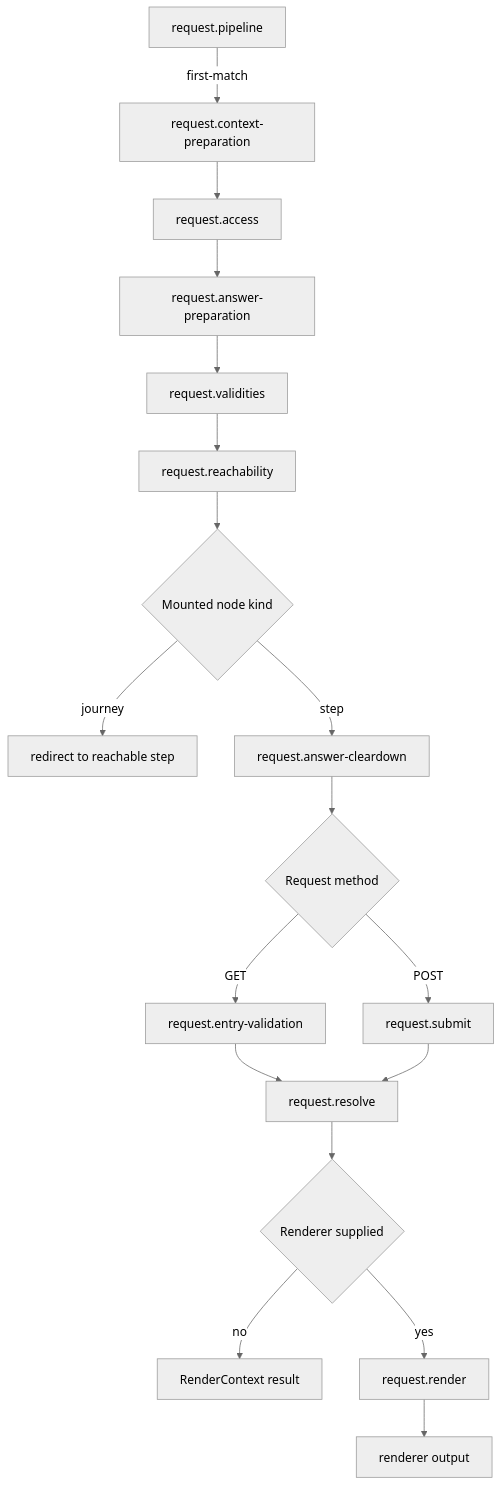
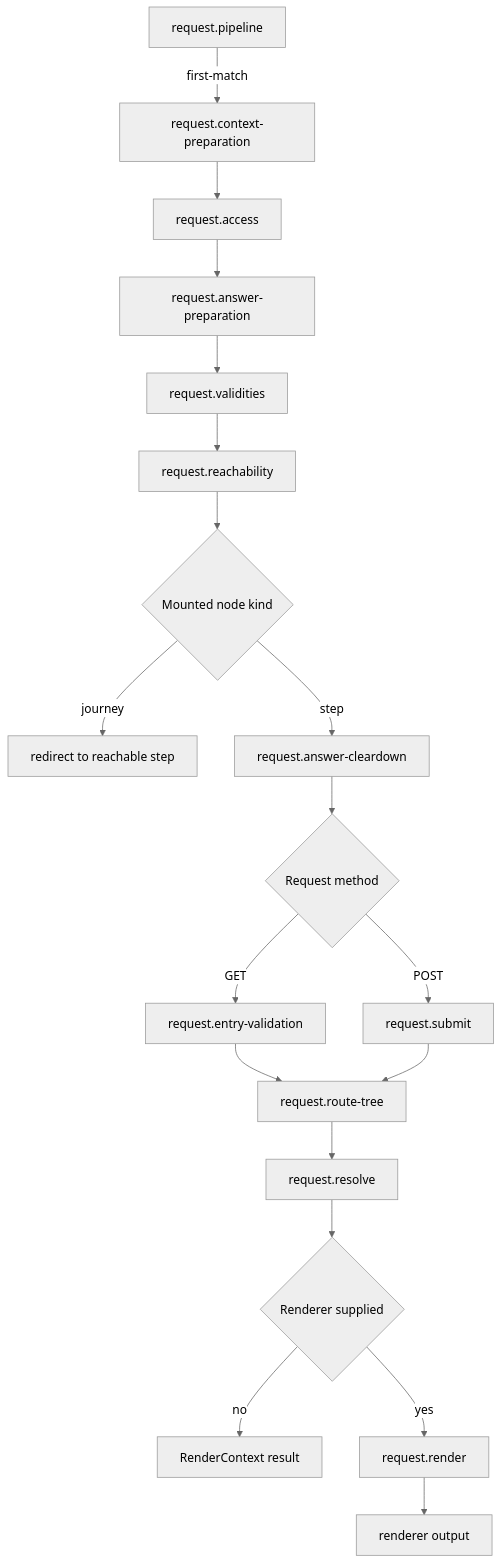
One commit to ministryofjustice/hmpps-forge changed the second of 2 diagrams in packages/forge-core/src/engine/runtime/README.md. Above: the diagram before and after it, drawn with Mermaid (neutral theme). The commit also changed other lines of this file and 23 other files, not shown here.

````diff
--- a/packages/forge-core/src/engine/runtime/README.md
+++ b/packages/forge-core/src/engine/runtime/README.md
@@ -113,20 +113,21 @@
 ```mermaid
 flowchart TD
   pipeline["request.pipeline"] -->|"first-match"| contextPrep["request.context-preparation"]
   contextPrep --> access["request.access"]
   access --> answerPrep["request.answer-preparation"]
   answerPrep --> validities["request.validities"]
   validities --> reachability["request.reachability"]
   reachability --> nodeKind{"Mounted node kind"}
   nodeKind -->|"journey"| journeyRedirect["redirect to reachable step"]
   nodeKind -->|"step"| cleardown["request.answer-cleardown"]
   cleardown --> method{"Request method"}
   method -->|"GET"| entryValidation["request.entry-validation"]
   method -->|"POST"| submit["request.submit"]
-  entryValidation --> resolve["request.resolve"]
-  submit --> resolve
+  entryValidation --> routeTree["request.route-tree"]
+  submit --> routeTree
+  routeTree --> resolve["request.resolve"]
   resolve --> renderer{"Renderer supplied"}
   renderer -->|"no"| renderContext["RenderContext result"]
   renderer -->|"yes"| render["request.render"]
   render --> renderOutput["renderer output"]
 ```
````
